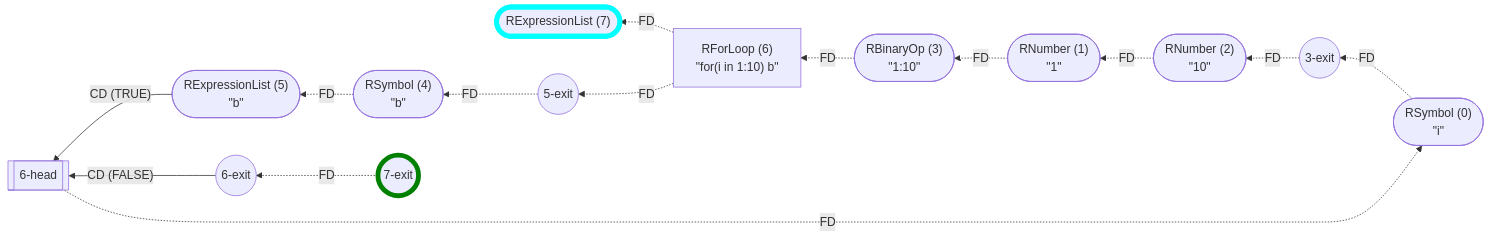
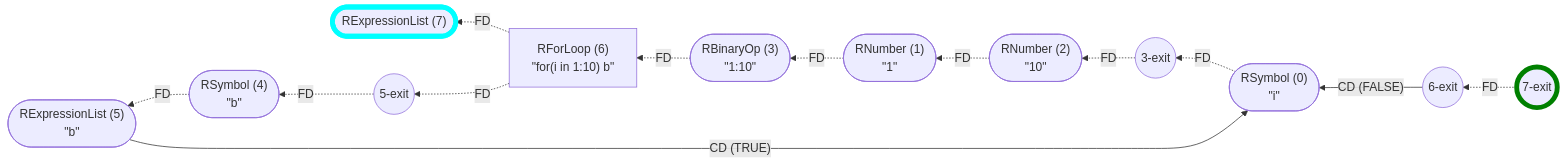
One commit to flowr-analysis/flowr changed diagram 12 of 23 in wiki/Control Flow Graph.md. Above: the diagram before and after it, drawn with Mermaid. The commit also changed other lines of this file and 2 other files, not shown here.

````diff
--- a/wiki/Control Flow Graph.md
+++ b/wiki/Control Flow Graph.md
@@ -1208,37 +1190,35 @@
 ```mermaid
 flowchart RL
     n7(["`RExpressionList (7)`"])
     n0(["`RSymbol (0)
 #34;i#34;`"])
     n6["`RForLoop (6)
 #34;for(i in 1#58;10) b#34;`"]
     n1(["`RNumber (1)
 #34;1#34;`"])
     n2(["`RNumber (2)
 #34;10#34;`"])
     n3(["`RBinaryOp (3)
 #34;1#58;10#34;`"])
     n3-exit((3-exit))
     n5(["`RExpressionList (5)
 #34;b#34;`"])
     n4(["`RSymbol (4)
 #34;b#34;`"])
     n5-exit((5-exit))
-    n6-head[[6-head]]
     n6-exit((6-exit))
     n7-exit((7-exit))
     n6 -.->|"FD"| n7
     n6 -.->|"FD"| n5-exit
     n2 -.->|"FD"| n1
     n1 -.->|"FD"| n3
     n3-exit -.->|"FD"| n2
     n4 -.->|"FD"| n5
     n5-exit -.->|"FD"| n4
     n3 -.->|"FD"| n6
     n0 -.->|"FD"| n3-exit
-    n6-head -.->|"FD"| n0
-    n5 -->|"CD (TRUE)"| n6-head
-    n6-exit -->|"CD (FALSE)"| n6-head
+    n5 -->|"CD (TRUE)"| n0
+    n6-exit -->|"CD (FALSE)"| n0
     n7-exit -.->|"FD"| n6-exit
     style n7 stroke:cyan,stroke-width:6.5px;    style n7-exit stroke:green,stroke-width:6.5px;
 ```
````
